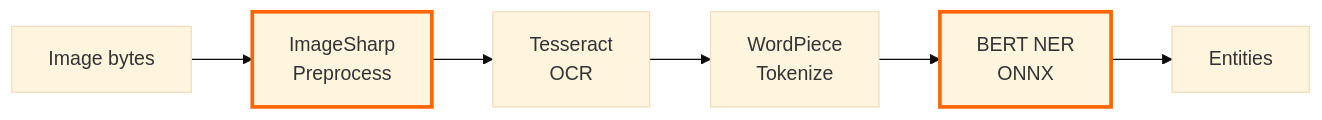
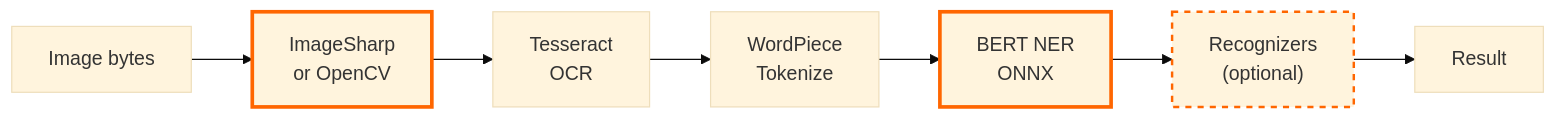
Before and after one commit to Shaddix/mostlylucidweb: the third of 7 diagrams in Mostlylucid/Markdown/simple-ocr-ner-nuget.md, drawn with Mermaid (base theme). The commit also changed other lines of this file and 25 other files, not shown here.

````diff
--- a/Mostlylucid/Markdown/simple-ocr-ner-nuget.md
+++ b/Mostlylucid/Markdown/simple-ocr-ner-nuget.md
@@ -196,18 +321,21 @@
 ```mermaid
 flowchart LR
     IMG[Image bytes]
-    PRE["ImageSharp<br/>Preprocess"]
-    TESS["Tesseract<br/>OCR"]
-    TOK["WordPiece<br/>Tokenize"]
-    BERT["BERT NER<br/>ONNX"]
-    ENT[Entities]
+    PRE["ImageSharp<br>or OpenCV"]
+    TESS["Tesseract<br>OCR"]
+    TOK["WordPiece<br>Tokenize"]
+    BERT["BERT NER<br>ONNX"]
+    REC["Recognizers<br>(optional)"]
+    OUT[Result]
 
     IMG --> PRE
     PRE --> TESS
     TESS --> TOK
     TOK --> BERT
-    BERT --> ENT
+    BERT --> REC
+    REC --> OUT
 
     style PRE stroke:#f60,stroke-width:3px
     style BERT stroke:#f60,stroke-width:3px
+    style REC stroke:#f60,stroke-width:2px,stroke-dasharray: 5 5
 ```
````
